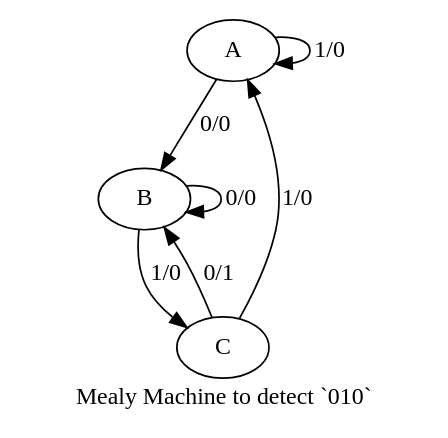
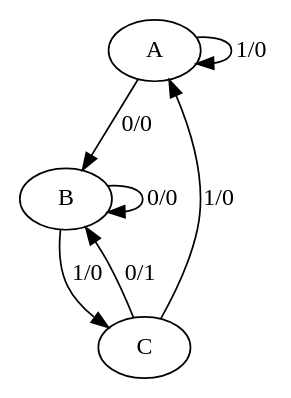
The diagram in seq2fsm/output/mealy_fsm_for_010.dot (say4n/fsmutil), drawn with Graphviz before and after one commit. The commit also changed 19 other files, not shown here.

```diff
--- a/seq2fsm/output/mealy_fsm_for_010.dot
+++ b/seq2fsm/output/mealy_fsm_for_010.dot
@@ -1,15 +1,11 @@
-digraph "" {
-	graph [label="Mealy Machine to detect `010`"];
-	A -> A [key=0,
-	label="1/0"];
-A -> B [key=0,
-label="0/0"];
-B -> B [key=0,
-label="0/0"];
-B -> C [key=0,
-label="1/0"];
-C -> A [key=0,
-label="1/0"];
-C -> B [key=0,
-label="0/1"];
+digraph  {
+A;
+B;
+C;
+A -> B  [key=0, label="0/0"];
+A -> A  [key=0, label="1/0"];
+B -> C  [key=0, label="1/0"];
+B -> B  [key=0, label="0/0"];
+C -> B  [key=0, label="0/1"];
+C -> A  [key=0, label="1/0"];
 }
```
